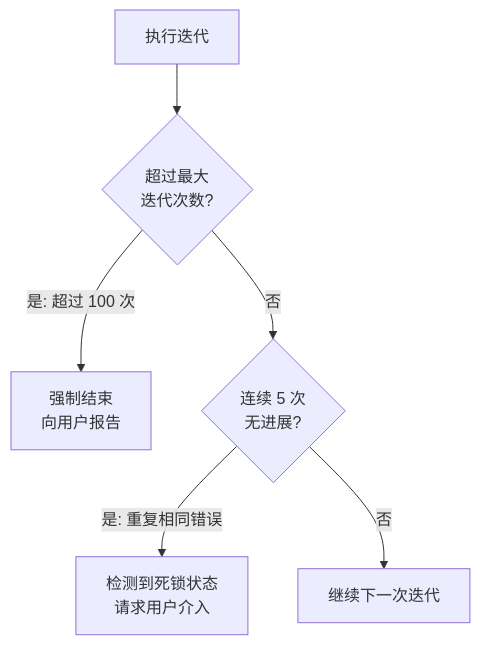
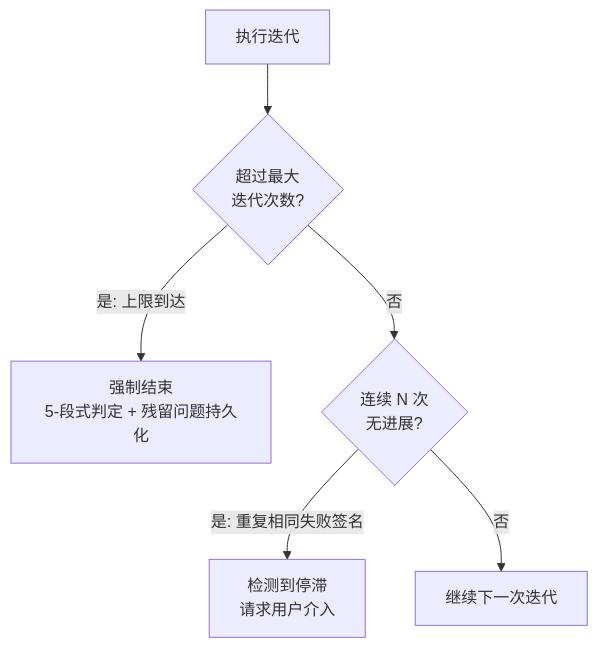
Before and after one commit to modu-ai/moai-adk: the second of 4 diagrams in docs-site/content/zh/utility-commands/moai-loop.md, drawn with Mermaid. The commit also changed other lines of this file and 83 other files, not shown here.

````diff
--- a/docs-site/content/zh/utility-commands/moai-loop.md
+++ b/docs-site/content/zh/utility-commands/moai-loop.md
@@ -163,8 +162,8 @@
 ```mermaid
 flowchart TD
     A[执行迭代] --> B{超过最大<br/>迭代次数?}
-    B -->|是: 超过 100 次| C["强制结束<br/>向用户报告"]
-    B -->|否| D{连续 5 次<br/>无进展?}
-    D -->|是: 重复相同错误| E["检测到死锁状态<br/>请求用户介入"]
+    B -->|是: 上限到达| C["强制结束<br/>5-段式判定 + 残留问题持久化"]
+    B -->|否| D{连续 N 次<br/>无进展?}
+    D -->|是: 重复相同失败签名| E["检测到停滞<br/>请求用户介入"]
     D -->|否| F[继续下一次迭代]
 ```
````
